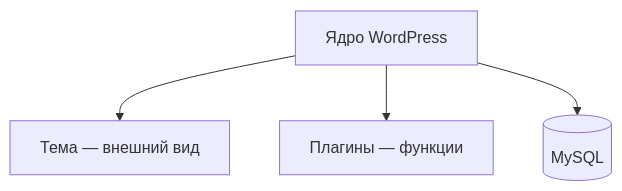
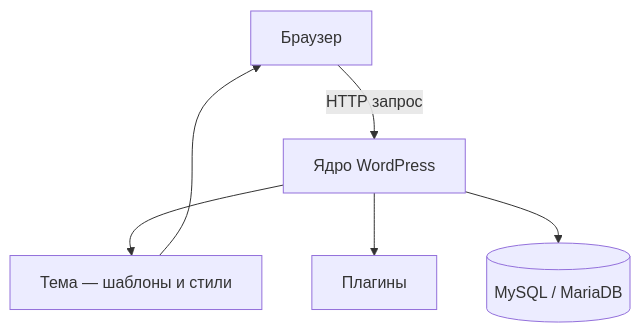
Before and after one commit to Spirzen/it-knowledge-base: the diagram in docs/encyclopedia/5-languages/5-07-php/146.md, drawn with Mermaid. The commit also changed other lines of this file and 1180 other files, not shown here.

````diff
--- a/docs/encyclopedia/5-languages/5-07-php/146.md
+++ b/docs/encyclopedia/5-languages/5-07-php/146.md
@@ -27,10 +42,13 @@
 ```mermaid
 flowchart TB
+  Browser[Браузер]
   WP[Ядро WordPress]
-  Theme[Тема — внешний вид]
-  Plugins[Плагины — функции]
-  DB[(MySQL)]
+  Theme[Тема — шаблоны и стили]
+  Plugins[Плагины]
+  DB[(MySQL / MariaDB)]
+  Browser -->|HTTP запрос| WP
   WP --> Theme
   WP --> Plugins
   WP --> DB
+  Theme --> Browser
 ```
````
